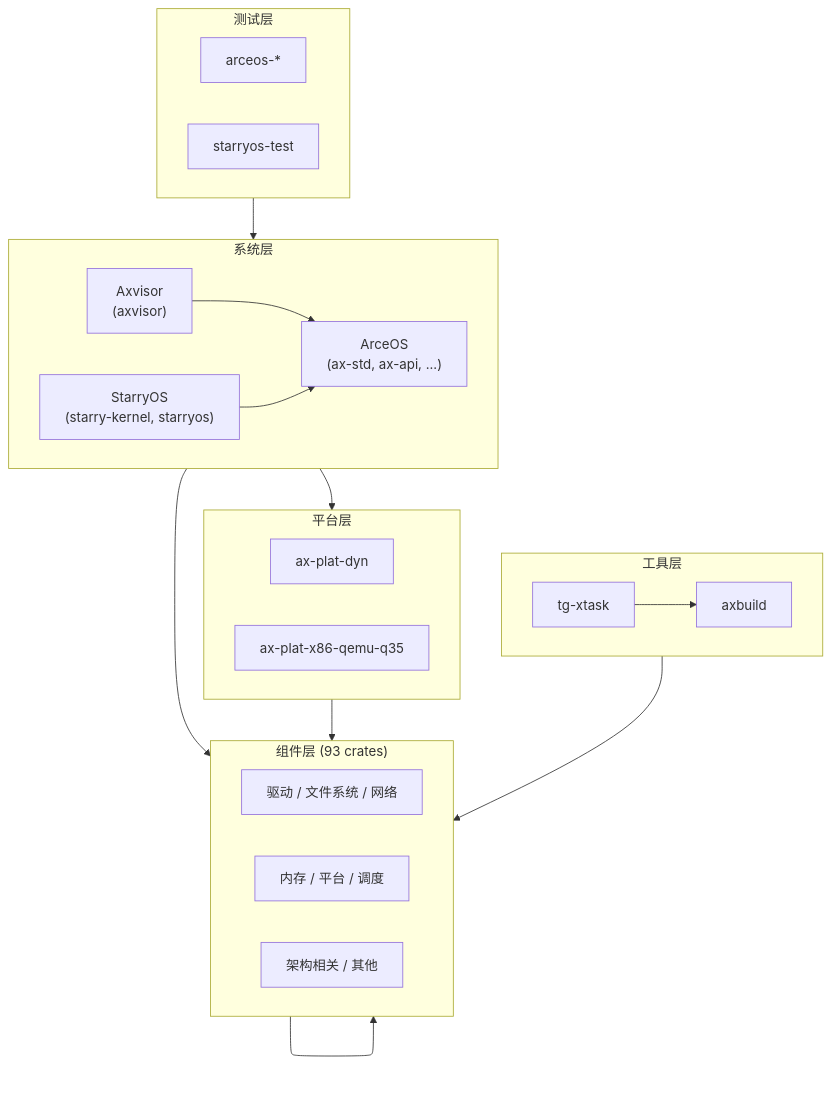
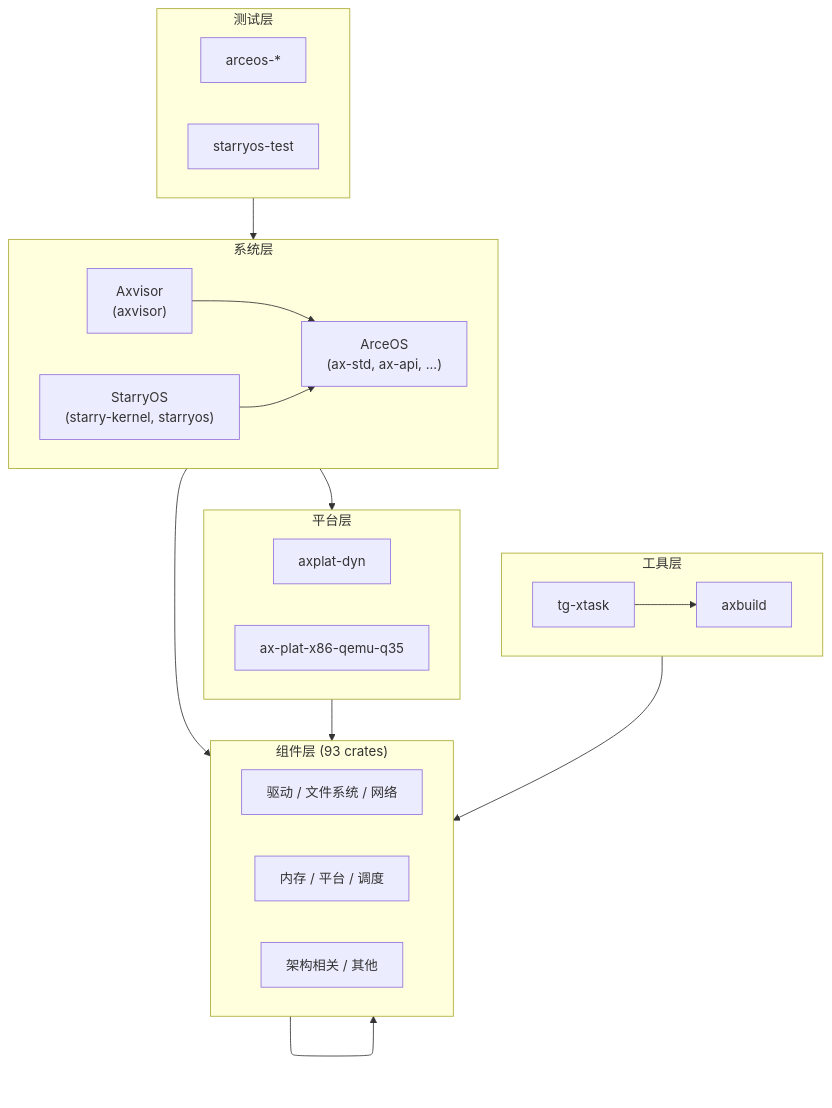
One commit to rcore-os/tgoskits changed the diagram in docs/docs/components/overview.md. Above: the diagram before and after it, drawn with Mermaid. The commit also changed other lines of this file and 38 other files, not shown here.

First line of the commit message:
refactor: restructure axplat-dyn platform module

````diff
--- a/docs/docs/components/overview.md
+++ b/docs/docs/components/overview.md
@@ -26,40 +26,40 @@
 ```mermaid
 flowchart TB
     subgraph sg_test["测试层"]
         direction LR
         t1["arceos-*"]
         t2["starryos-test"]
     end
     subgraph sg_os["系统层"]
         direction LR
         s1["ArceOS\n(ax-std, ax-api, ...)"]
         s2["StarryOS\n(starry-kernel, starryos)"]
         s3["Axvisor\n(axvisor)"]
     end
     subgraph sg_tool["工具层"]
         direction LR
         tl1["axbuild"]
         tl2["tg-xtask"]
     end
     subgraph sg_plat["平台层"]
         direction LR
-        p1["ax-plat-dyn"]
+        p1["axplat-dyn"]
         p2["ax-plat-x86-qemu-q35"]
     end
     subgraph sg_comp["组件层 (93 crates)"]
         direction LR
         c1["驱动 / 文件系统 / 网络"]
         c2["内存 / 平台 / 调度"]
         c3["架构相关 / 其他"]
     end
 
     sg_test --> sg_os
     s3 --> s1
     s2 --> s1
     sg_os --> sg_plat
     sg_os --> sg_comp
     sg_plat --> sg_comp
     tl2 --> tl1
     tl1 --> sg_comp
     sg_comp --> sg_comp
 ```
````
